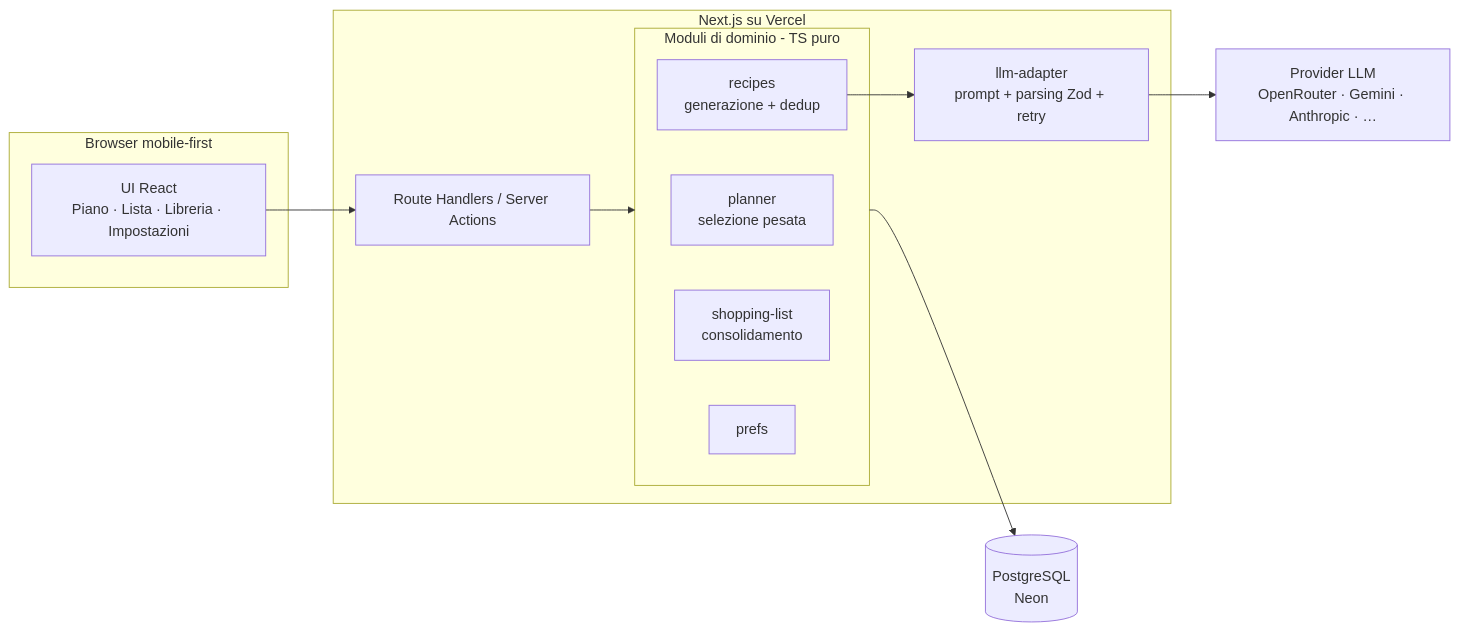
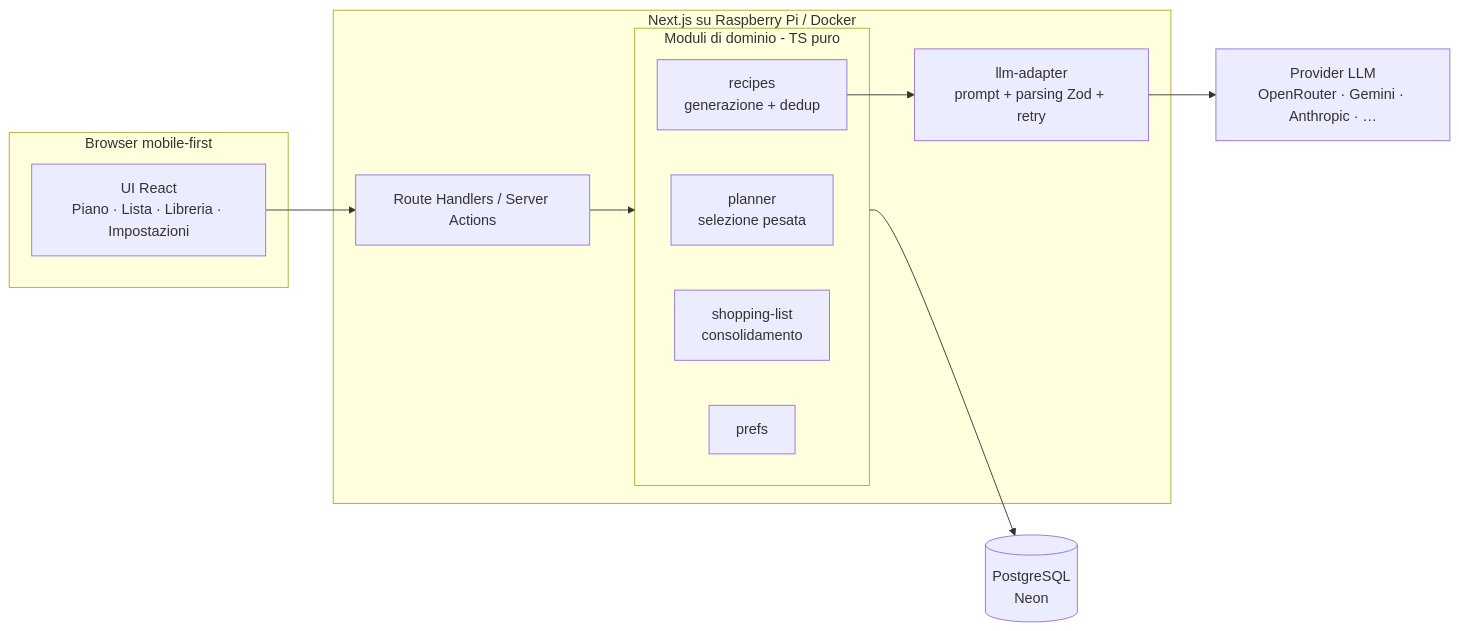
The diagram in docs/ARCHITECTURE.md (Elverle/Mealy), drawn with Mermaid before and after one commit. The commit also changed other lines of this file and 77 other files, not shown here.

First line of the commit message:
feat(e0): foundation — Next.js 16 scaffold, Drizzle DB schema and 4-tab UI shell

````diff
--- a/docs/ARCHITECTURE.md
+++ b/docs/ARCHITECTURE.md
@@ -52,26 +52,26 @@
 ```mermaid
 flowchart LR
     subgraph Client [Browser mobile-first]
         UI[UI React<br/>Piano · Lista · Libreria · Impostazioni]
     end
 
-    subgraph Next [Next.js su Vercel]
+    subgraph Next [Next.js su Raspberry Pi / Docker]
         API[Route Handlers / Server Actions]
         subgraph Dominio [Moduli di dominio - TS puro]
             PL[planner<br/>selezione pesata]
             RE[recipes<br/>generazione + dedup]
             SL[shopping-list<br/>consolidamento]
             PR[prefs]
         end
         LLMA[llm-adapter<br/>prompt + parsing Zod + retry]
     end
 
     DB[(PostgreSQL<br/>Neon)]
     ANT[Provider LLM<br/>OpenRouter · Gemini · Anthropic · …]
 
     UI --> API
     API --> Dominio
     RE --> LLMA
     LLMA --> ANT
     Dominio --> DB
 ```
````
